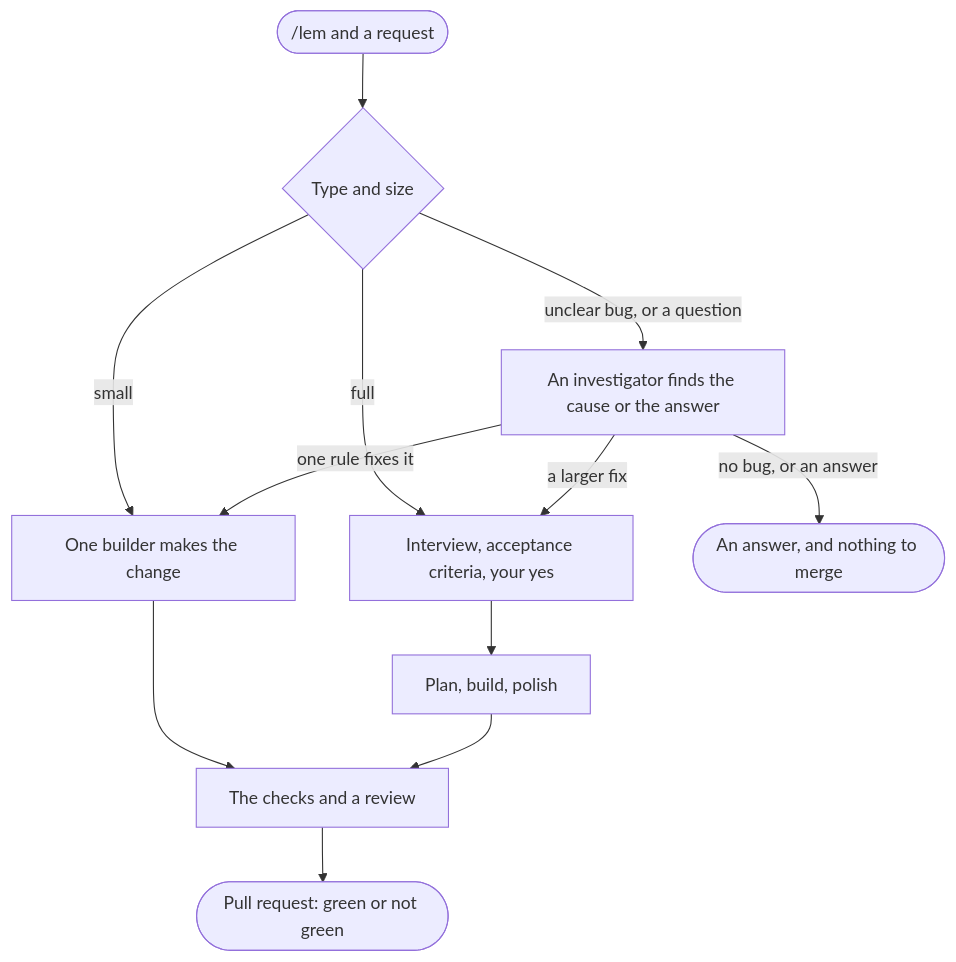
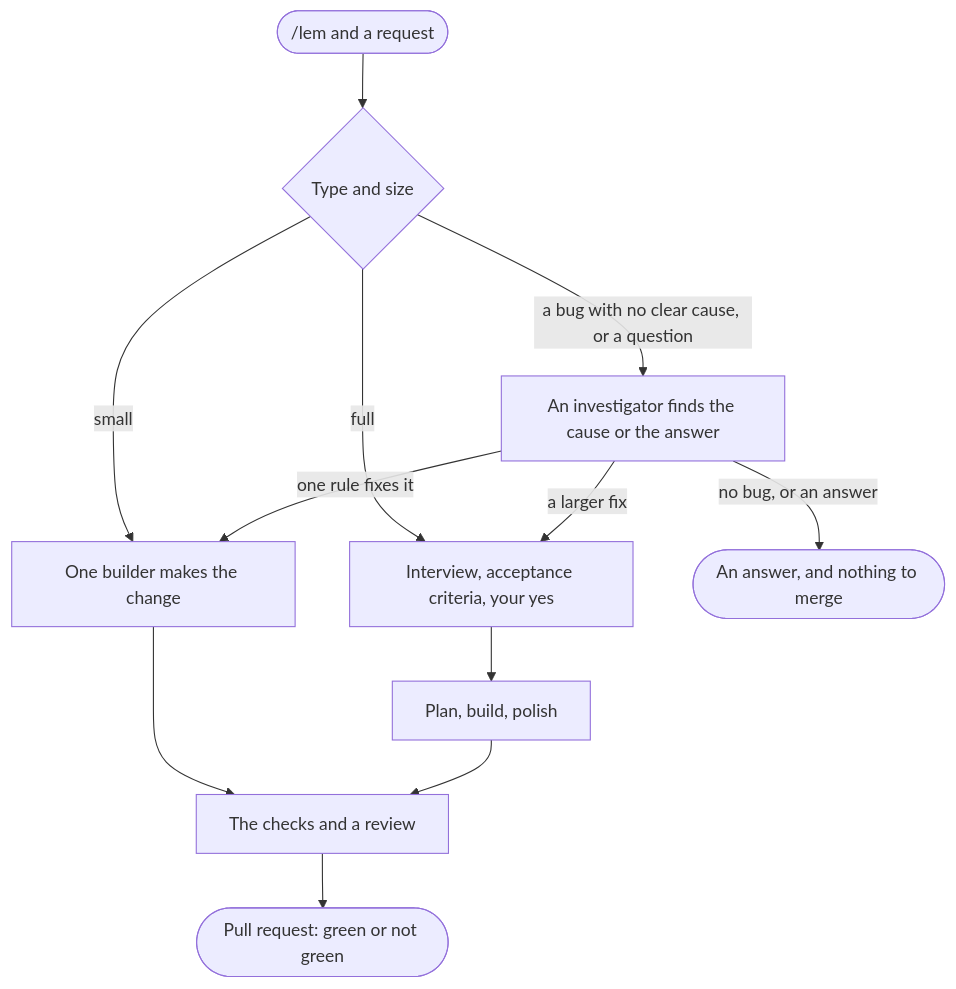
Before and after one commit to pySilver/lem: the diagram in docs/flow.md, drawn with Mermaid. The commit also changed other lines of this file and 6 other files, not shown here.

````diff
--- a/docs/flow.md
+++ b/docs/flow.md
@@ -5,14 +3,14 @@
 ```mermaid
 flowchart TD
     req([/lem and a request]) --> size{Type and size}
     size -- small --> one[One builder makes the change]
     size -- full --> crit[Interview, acceptance criteria, your yes]
-    size -- unclear bug, or a question --> inv[An investigator finds the cause or the answer]
+    size -- a bug with no clear cause, or a question --> inv[An investigator finds the cause or the answer]
     inv -- one rule fixes it --> one
     inv -- a larger fix --> crit
     inv -- no bug, or an answer --> stop([An answer, and nothing to merge])
     crit --> plan[Plan, build, polish]
     one --> checks[The checks and a review]
     plan --> checks
     checks --> pr([Pull request: green or not green])
 ```
````
